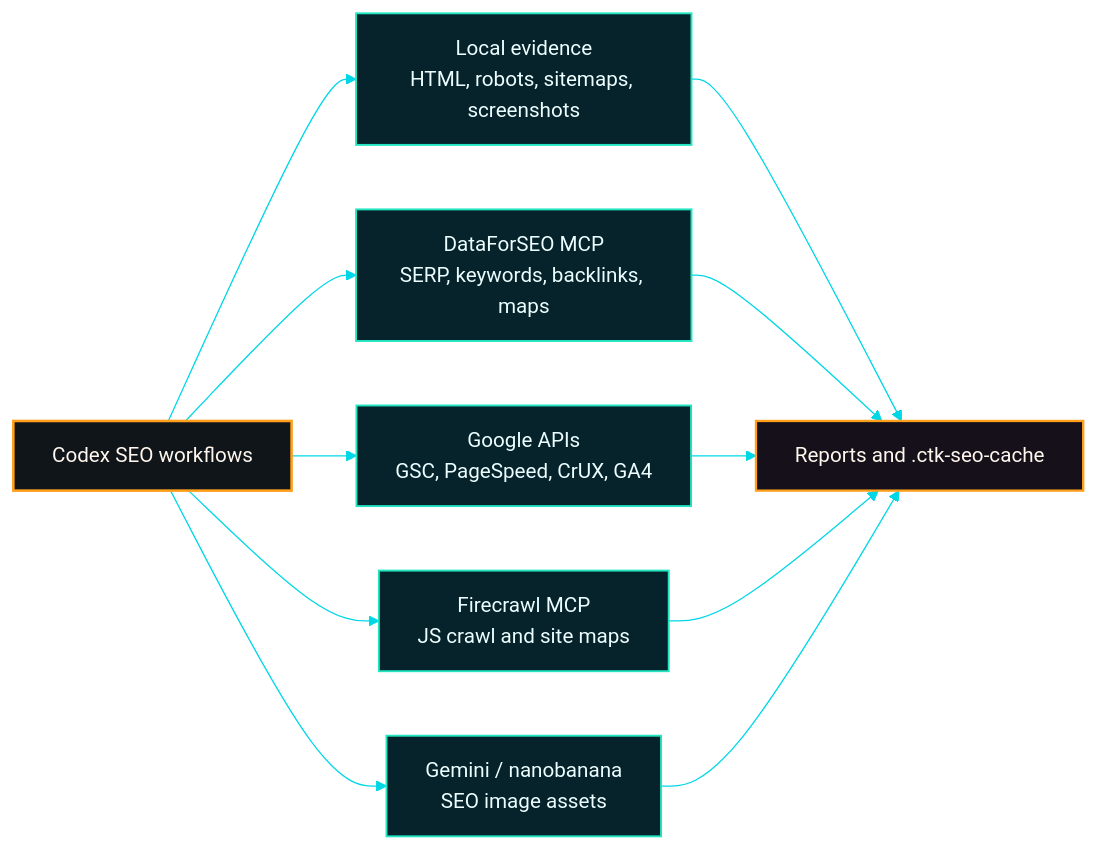
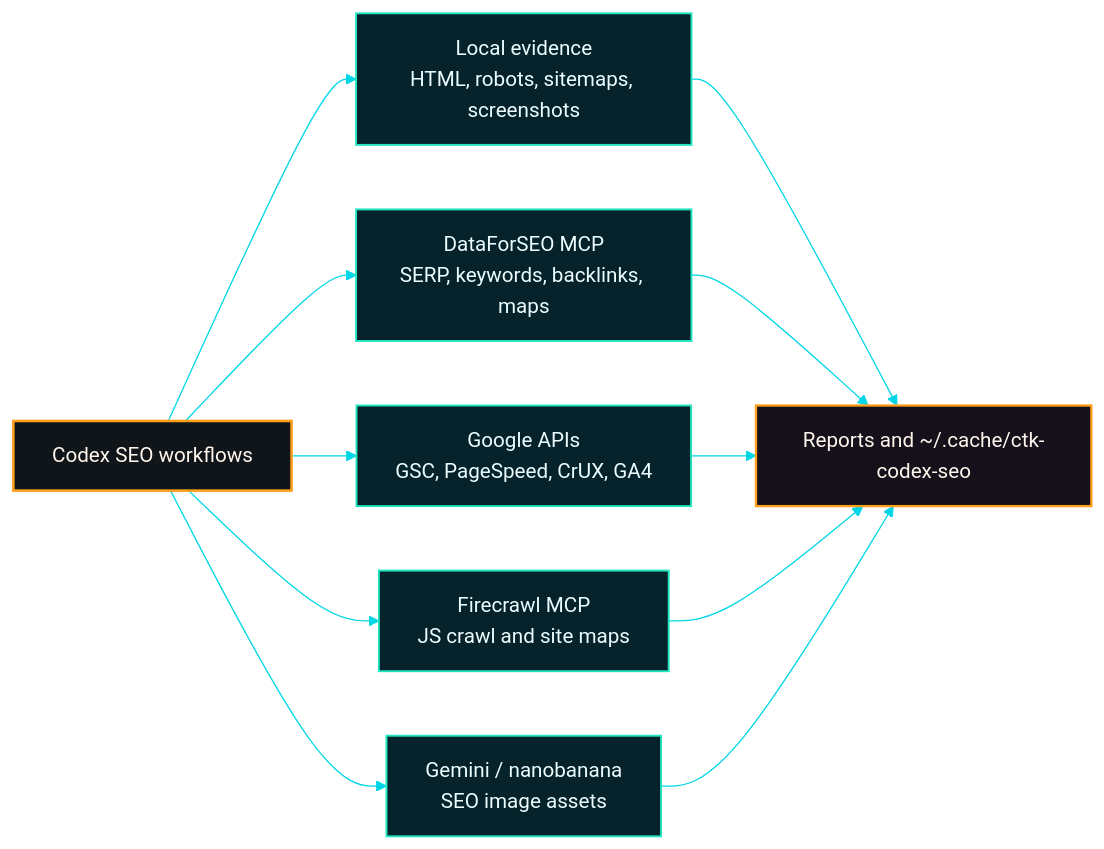
Before and after one commit to ctkadvisors/codex-seo: the fourth of 6 diagrams in README.md, drawn with Mermaid. The commit also changed other lines of this file and 76 other files, not shown here.

````diff
--- a/README.md
+++ b/README.md
@@ -285,21 +282,21 @@
 ```mermaid
 %%{init: {"theme":"base","themeVariables":{"background":"#05080d","primaryColor":"#07131c","primaryTextColor":"#f5fbff","primaryBorderColor":"#00d7e6","lineColor":"#00d7e6","secondaryColor":"#06222a","tertiaryColor":"#ff9f1c","edgeLabelBackground":"#05080d","fontFamily":"Inter, ui-sans-serif, system-ui, sans-serif"}}}%%
 flowchart LR
   codex["Codex SEO workflows"] --> local["Local evidence<br/>HTML, robots, sitemaps, screenshots"]
   codex --> dfs["DataForSEO MCP<br/>SERP, keywords, backlinks, maps"]
   codex --> google["Google APIs<br/>GSC, PageSpeed, CrUX, GA4"]
   codex --> firecrawl["Firecrawl MCP<br/>JS crawl and site maps"]
   codex --> banana["Gemini / nanobanana<br/>SEO image assets"]
-  local --> artifacts["Reports and .ctk-seo-cache"]
+  local --> artifacts["Reports and ~/.cache/ctk-codex-seo"]
   dfs --> artifacts
   google --> artifacts
   firecrawl --> artifacts
   banana --> artifacts
   class codex accent
   class local,dfs,google,firecrawl,banana data
   class artifacts output
   classDef default fill:#07131c,stroke:#00d7e6,color:#f5fbff,stroke-width:1.4px
   classDef accent fill:#10151a,stroke:#ff9f1c,color:#fff7ed,stroke-width:2px
   classDef data fill:#06222a,stroke:#21e6c1,color:#ecfeff,stroke-width:1.5px
   classDef output fill:#15101a,stroke:#ff9f1c,color:#fff7ed,stroke-width:1.8px
 ```
````
